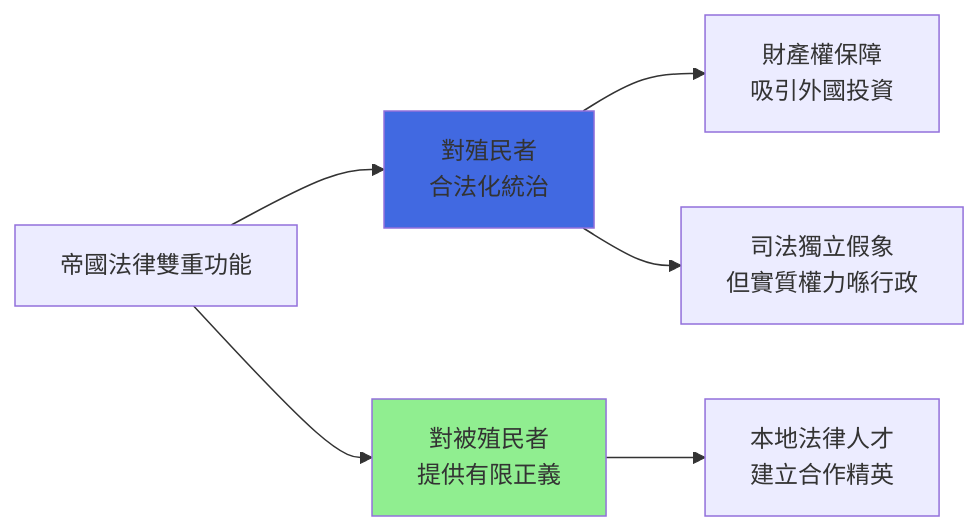
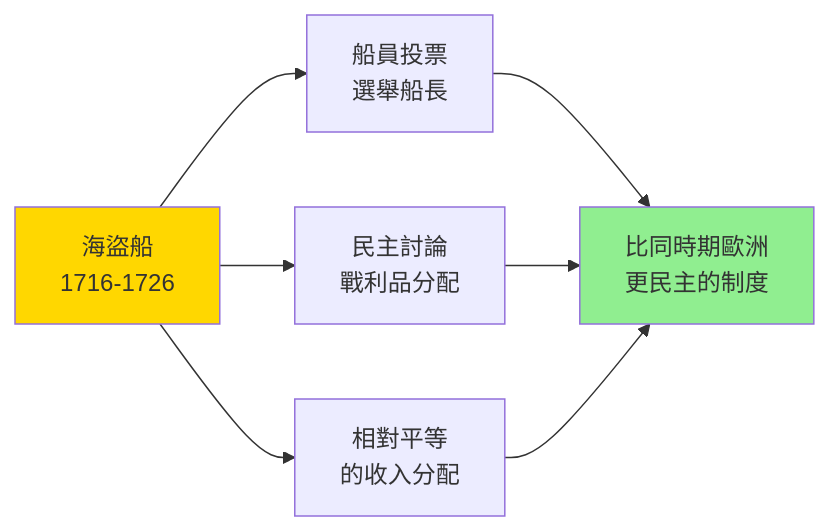
The second of 5 diagrams in 01_HKU_Courses/HIST2179_Law_empire_and_world_history.md (yip-lgtm/HKU-Harvard-History-Self-Study), drawn with Mermaid before and after one commit. The commit also changed other lines of this file and 22 other files, not shown here.

````diff
--- a/01_HKU_Courses/HIST2179_Law_empire_and_world_history.md
+++ b/01_HKU_Courses/HIST2179_Law_empire_and_world_history.md
@@ -80,10 +274,12 @@
 ```mermaid
 graph LR
-    A["帝國法律雙重功能"] --> B["對殖民者<br/>合法化統治"]
-    A --> C["對被殖民者<br/>提供有限正義"]
-    B --> D["財產權保障<br/>吸引外國投資"]
-    C --> E["本地法律人才<br/>建立合作精英"]
-    B --> F["司法獨立假象<br/>但實質權力喺行政"]
-    style B fill:#4169E1
-    style C fill:#90EE90
+    A["海盜船<br/>1716-1726"] --> B["船員投票<br/>選舉船長"]
+    A --> C["民主討論<br/>戰利品分配"]
+    A --> D["相對平等<br/>的收入分配"]
+    B --> E["比同時期歐洲<br/>更民主的制度"]
+    C --> E
+    D --> E
+    
+    style A fill:#FFD700
+    style E fill:#90EE90
 ```
````
